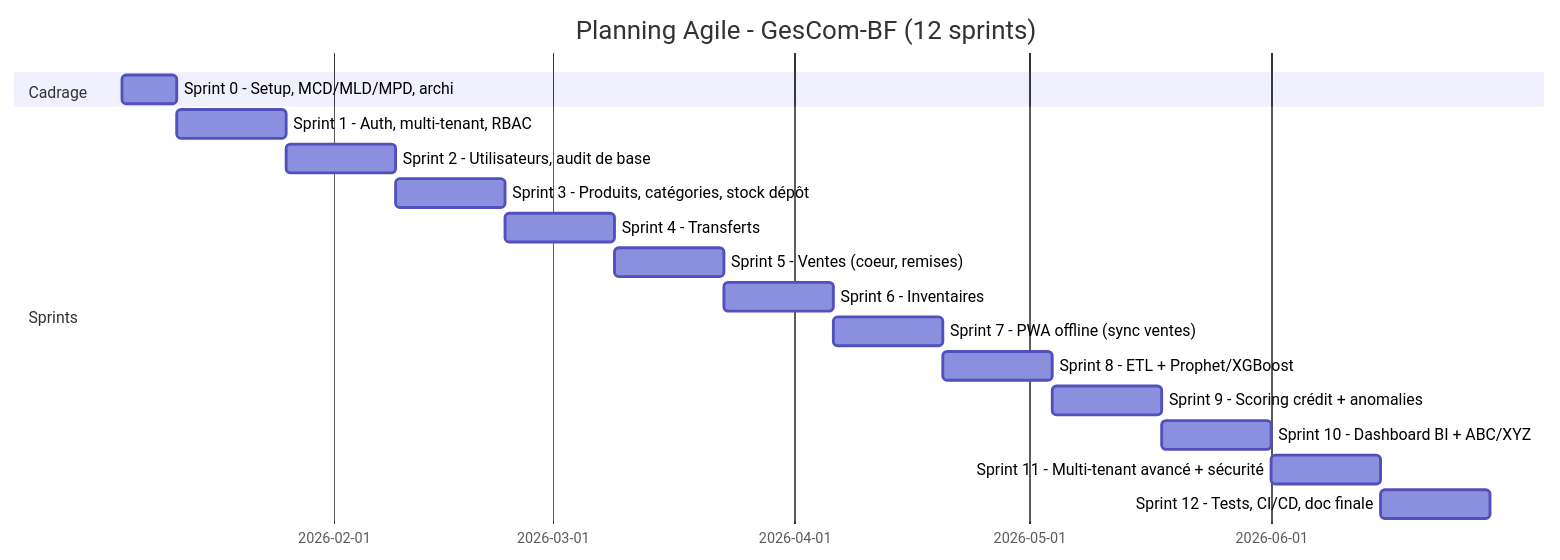
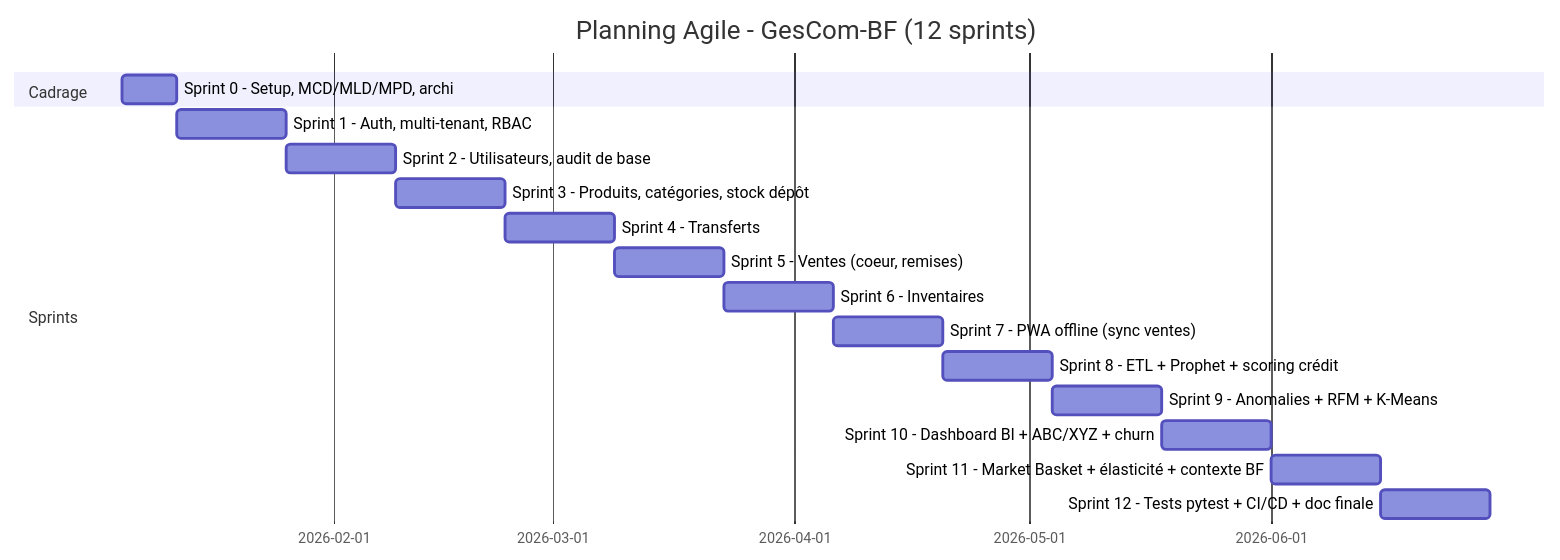
One commit to MannuPy/Gec_com changed the diagram in docs/23-PLAN-DE-DEVELOPPEMENT.md. Above: the diagram before and after it, drawn with Mermaid. The commit also changed other lines of this file and 88 other files, not shown here.

````diff
--- a/docs/23-PLAN-DE-DEVELOPPEMENT.md
+++ b/docs/23-PLAN-DE-DEVELOPPEMENT.md
@@ -30,20 +34,20 @@
 ```mermaid
 gantt
     dateFormat  YYYY-MM-DD
     title Planning Agile - GesCom-BF (12 sprints)
     section Cadrage
     Sprint 0 - Setup, MCD/MLD/MPD, archi : s0, 2026-01-05, 1w
     section Sprints
     Sprint 1 - Auth, multi-tenant, RBAC      : s1, after s0, 2w
     Sprint 2 - Utilisateurs, audit de base   : s2, after s1, 2w
     Sprint 3 - Produits, catégories, stock dépôt : s3, after s2, 2w
     Sprint 4 - Transferts                     : s4, after s3, 2w
     Sprint 5 - Ventes (coeur, remises)        : s5, after s4, 2w
     Sprint 6 - Inventaires                    : s6, after s5, 2w
     Sprint 7 - PWA offline (sync ventes)      : s7, after s6, 2w
-    Sprint 8 - ETL + Prophet/XGBoost           : s8, after s7, 2w
-    Sprint 9 - Scoring crédit + anomalies      : s9, after s8, 2w
-    Sprint 10 - Dashboard BI + ABC/XYZ         : s10, after s9, 2w
-    Sprint 11 - Multi-tenant avancé + sécurité : s11, after s10, 2w
-    Sprint 12 - Tests, CI/CD, doc finale       : s12, after s11, 2w
+    Sprint 8 - ETL + Prophet + scoring crédit   : s8, after s7, 2w
+    Sprint 9 - Anomalies + RFM + K-Means        : s9, after s8, 2w
+    Sprint 10 - Dashboard BI + ABC/XYZ + churn  : s10, after s9, 2w
+    Sprint 11 - Market Basket + élasticité + contexte BF : s11, after s10, 2w
+    Sprint 12 - Tests pytest + CI/CD + doc finale : s12, after s11, 2w
 ```
````
